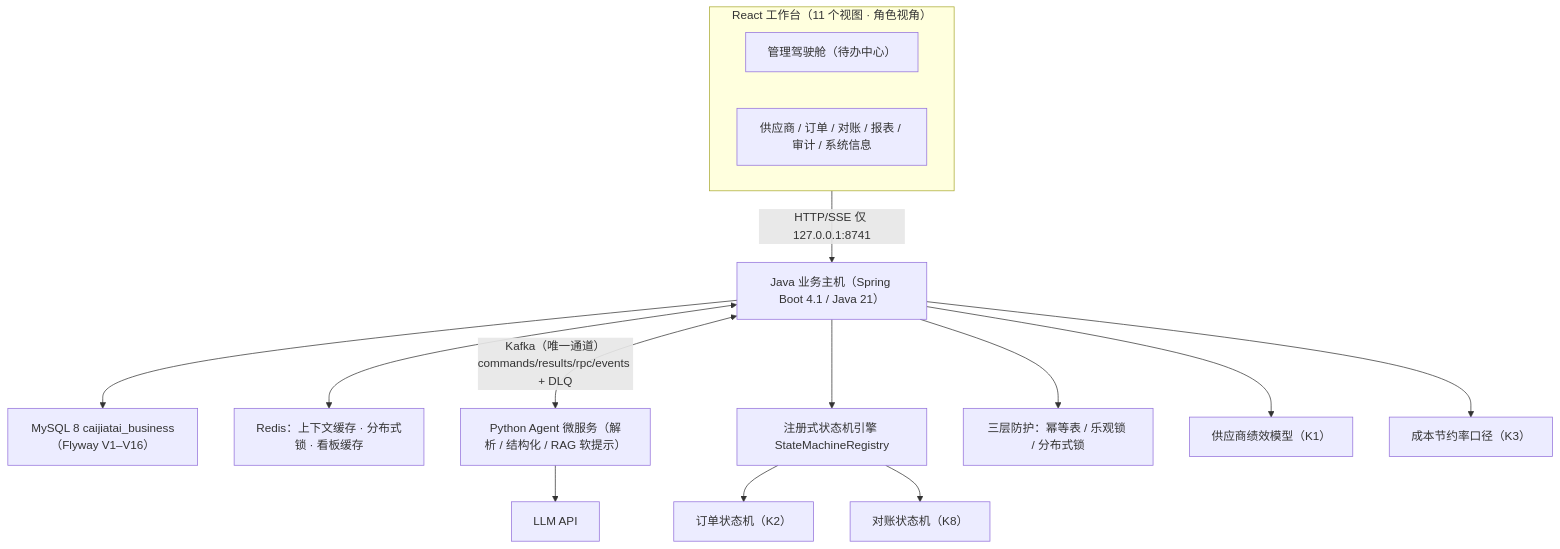
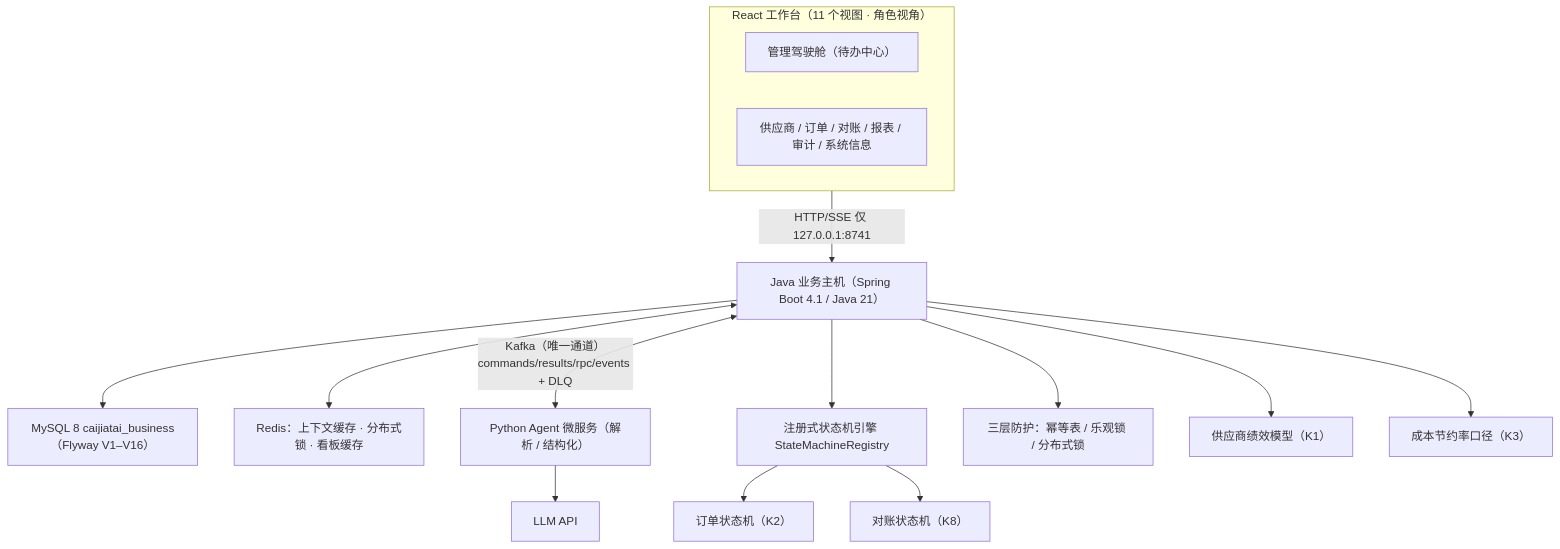
Before and after one commit to zxl666ab-sketch/agentharness: the first of 2 diagrams in README.md, drawn with Mermaid. The commit also changed other lines of this file and 282 other files, not shown here.

````diff
--- a/README.md
+++ b/README.md
@@ -27,19 +27,19 @@
 ```mermaid
 flowchart TB
     subgraph Web["React 工作台（11 个视图 · 角色视角）"]
         Dashboard["管理驾驶舱（待办中心）"]
         Pages["供应商 / 订单 / 对账 / 报表 / 审计 / 系统信息"]
     end
     Web -->|"HTTP/SSE 仅 127.0.0.1:8741"| Java["Java 业务主机（Spring Boot 4.1 / Java 21）"]
     Java --> MySQL["MySQL 8 caijiatai_business（Flyway V1–V16）"]
     Java <--> Redis["Redis：上下文缓存 · 分布式锁 · 看板缓存"]
-    Java <-->|"Kafka（唯一通道）commands/results/rpc/events + DLQ"| Agent["Python Agent 微服务（解析 / 结构化 / RAG 软提示）"]
+    Java <-->|"Kafka（唯一通道）commands/results/rpc/events + DLQ"| Agent["Python Agent 微服务（解析 / 结构化）"]
     Agent --> Provider["LLM API"]
 
     Java --> SM["注册式状态机引擎 StateMachineRegistry"]
     SM --> OrderSM["订单状态机（K2）"]
     SM --> SettleSM["对账状态机（K8）"]
     Java --> Guard["三层防护：幂等表 / 乐观锁 / 分布式锁"]
     Java --> Perf["供应商绩效模型（K1）"]
     Java --> Insights["成本节约率口径（K3）"]
 ```
````
